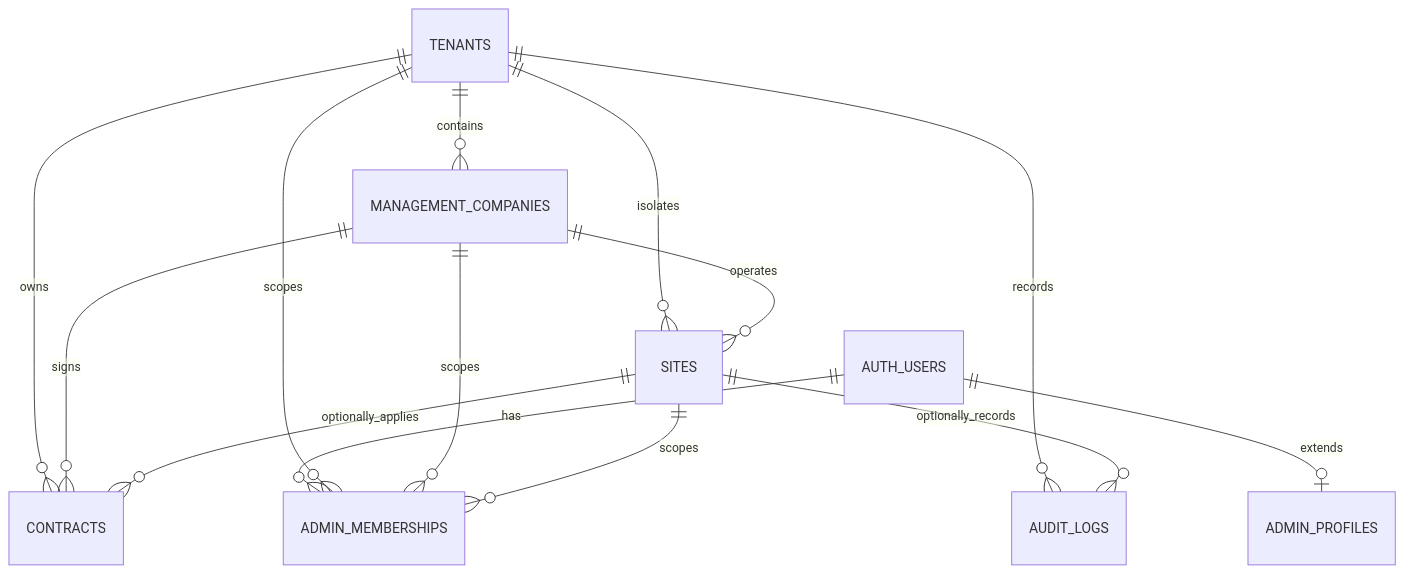
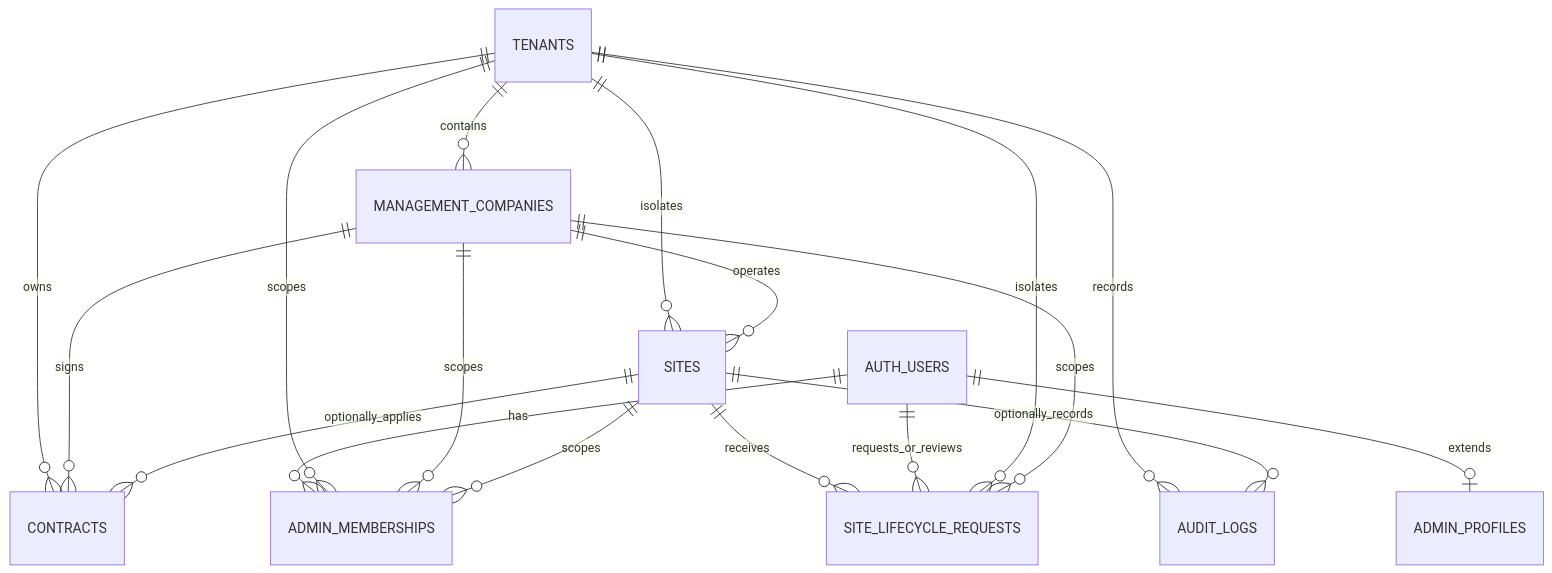
Before and after one commit to michinterran/Taptolk: the diagram in docs/01-plan/erd.md, drawn with Mermaid. The commit also changed 25 other files, not shown here.

Commit message:
feat: add Site lifecycle maker-checker flow

````diff
--- a/docs/01-plan/erd.md
+++ b/docs/01-plan/erd.md
@@ -3,16 +3,20 @@
 ```mermaid
 erDiagram
   AUTH_USERS ||--o| ADMIN_PROFILES : extends
   AUTH_USERS ||--o{ ADMIN_MEMBERSHIPS : has
   TENANTS ||--o{ MANAGEMENT_COMPANIES : contains
   TENANTS ||--o{ SITES : isolates
   TENANTS ||--o{ CONTRACTS : owns
   TENANTS ||--o{ ADMIN_MEMBERSHIPS : scopes
   TENANTS ||--o{ AUDIT_LOGS : records
   MANAGEMENT_COMPANIES ||--o{ SITES : operates
   MANAGEMENT_COMPANIES ||--o{ CONTRACTS : signs
   MANAGEMENT_COMPANIES ||--o{ ADMIN_MEMBERSHIPS : scopes
   SITES ||--o{ CONTRACTS : optionally_applies
   SITES ||--o{ ADMIN_MEMBERSHIPS : scopes
+  SITES ||--o{ SITE_LIFECYCLE_REQUESTS : receives
   SITES ||--o{ AUDIT_LOGS : optionally_records
+  AUTH_USERS ||--o{ SITE_LIFECYCLE_REQUESTS : requests_or_reviews
+  TENANTS ||--o{ SITE_LIFECYCLE_REQUESTS : isolates
+  MANAGEMENT_COMPANIES ||--o{ SITE_LIFECYCLE_REQUESTS : scopes
 ```
````
